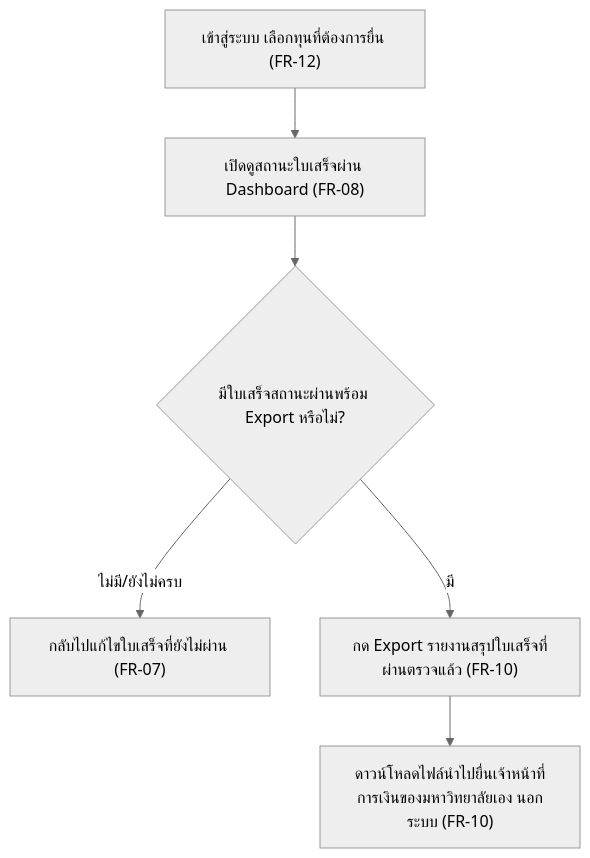
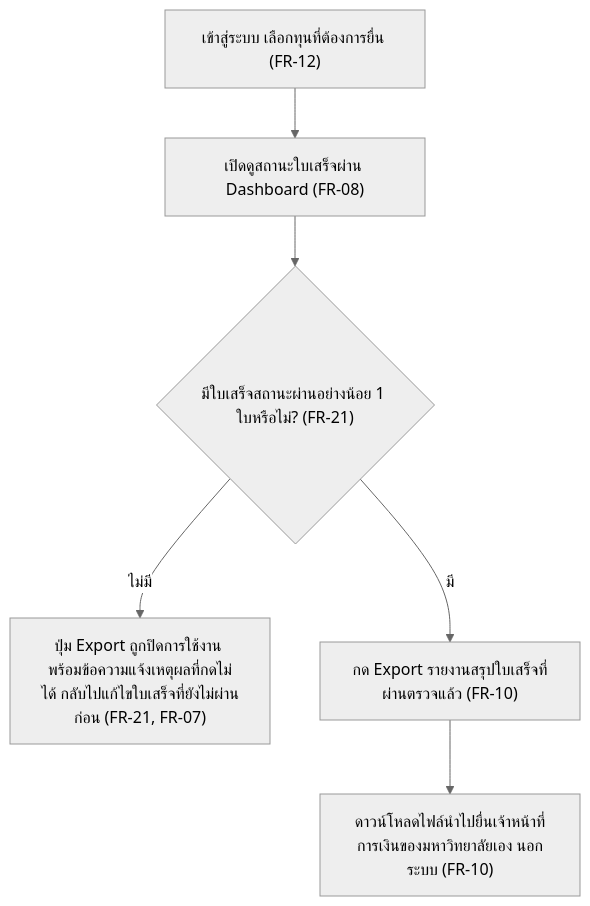
One commit to ptrsswnr/Grant-Receipt-Assistant changed the third of 7 diagrams in docs/02-design/user-journey.md. Above: the diagram before and after it, drawn with Mermaid (neutral theme). The commit also changed other lines of this file and 35 other files, not shown here.

````diff
--- a/docs/02-design/user-journey.md
+++ b/docs/02-design/user-journey.md
@@ -91,13 +133,13 @@
 ```mermaid
 flowchart TD
     A["เข้าสู่ระบบ เลือกทุนที่ต้องการยื่น (FR-12)"]
     B["เปิดดูสถานะใบเสร็จผ่าน Dashboard (FR-08)"]
-    C{"มีใบเสร็จสถานะผ่านพร้อม Export หรือไม่?"}
-    D["กลับไปแก้ไขใบเสร็จที่ยังไม่ผ่าน (FR-07)"]
+    C{"มีใบเสร็จสถานะผ่านอย่างน้อย 1 ใบหรือไม่? (FR-21)"}
+    D["ปุ่ม Export ถูกปิดการใช้งาน พร้อมข้อความแจ้งเหตุผลที่กดไม่ได้ กลับไปแก้ไขใบเสร็จที่ยังไม่ผ่านก่อน (FR-21, FR-07)"]
     E["กด Export รายงานสรุปใบเสร็จที่ผ่านตรวจแล้ว (FR-10)"]
     F["ดาวน์โหลดไฟล์นำไปยื่นเจ้าหน้าที่การเงินของมหาวิทยาลัยเอง นอกระบบ (FR-10)"]
 
     A --> B --> C
-    C -->|ไม่มี/ยังไม่ครบ| D
+    C -->|ไม่มี| D
     C -->|มี| E --> F
 ```
````
